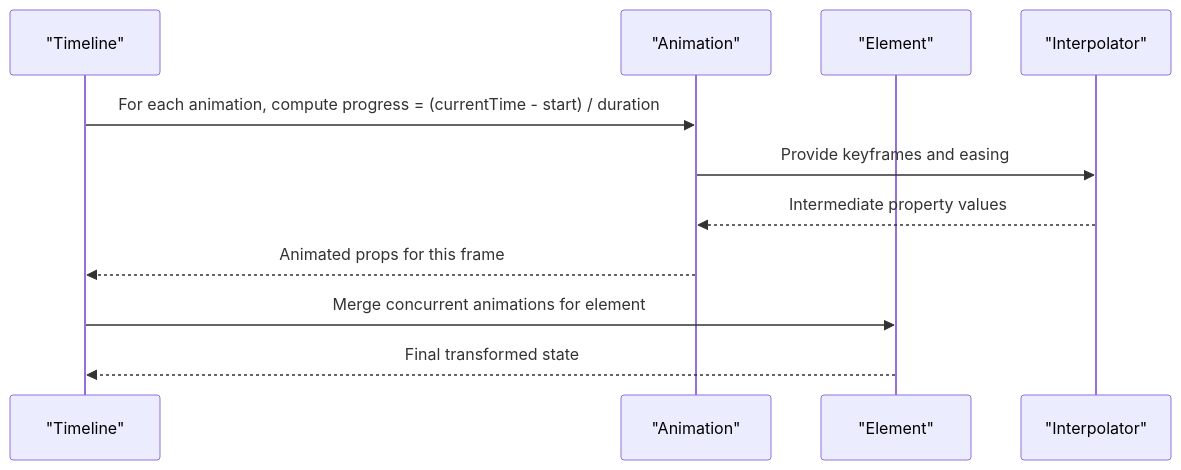
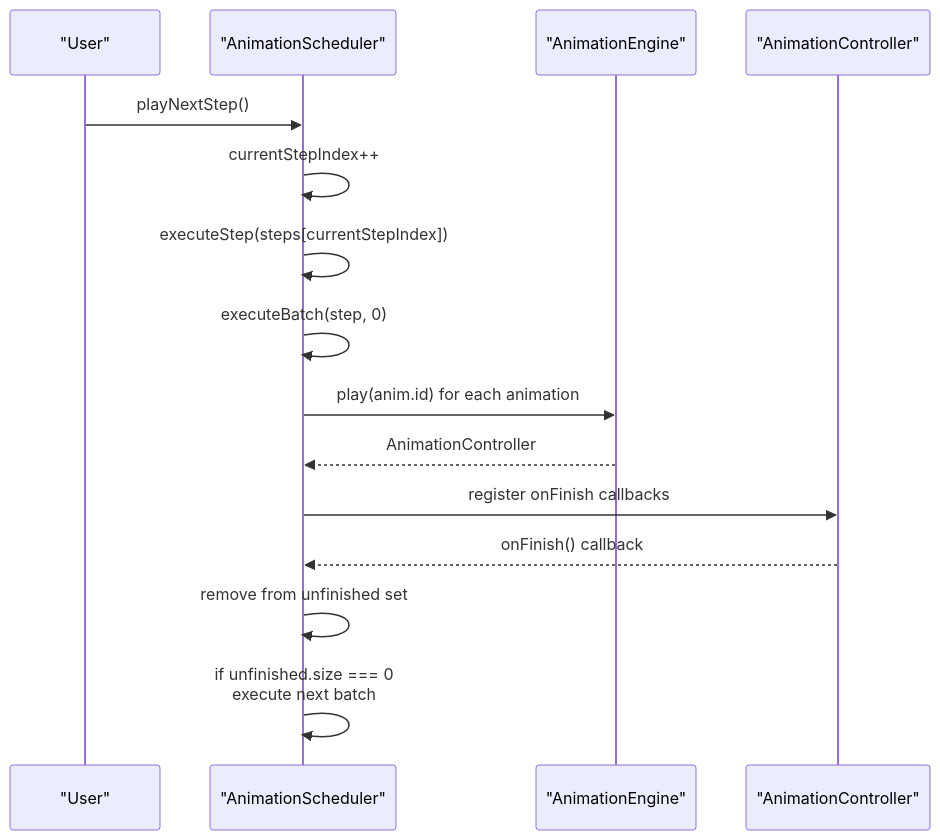
Before and after one commit to Anna0314zy/ai_editor_enginer: the tenth of 18 diagrams in .qoder/repowiki/en/content/Animation System/Timeline Engine.md, drawn with Mermaid. The commit also changed other lines of this file and 10 other files, not shown here.

````diff
--- a/.qoder/repowiki/en/content/Animation System/Timeline Engine.md
+++ b/.qoder/repowiki/en/content/Animation System/Timeline Engine.md
@@ -221,13 +468,17 @@
 ```mermaid
 sequenceDiagram
-participant TL as "Timeline"
-participant ANIM as "Animation"
-participant ELEM as "Element"
-participant INTERP as "Interpolator"
-TL->>ANIM : For each animation, compute progress = (currentTime - start) / duration
-ANIM->>INTERP : Provide keyframes and easing
-INTERP-->>ANIM : Intermediate property values
-ANIM-->>TL : Animated props for this frame
-TL->>ELEM : Merge concurrent animations for element
-ELEM-->>TL : Final transformed state
+participant User as "User"
+participant Scheduler as "AnimationScheduler"
+participant Engine as "AnimationEngine"
+participant Controller as "AnimationController"
+User->>Scheduler : playNextStep()
+Scheduler->>Scheduler : currentStepIndex++
+Scheduler->>Scheduler : executeStep(steps[currentStepIndex])
+Scheduler->>Scheduler : executeBatch(step, 0)
+Scheduler->>Engine : play(anim.id) for each animation
+Engine-->>Scheduler : AnimationController
+Scheduler->>Controller : register onFinish callbacks
+Controller-->>Scheduler : onFinish() callback
+Scheduler->>Scheduler : remove from unfinished set
+Scheduler->>Scheduler : if unfinished.size === 0<br/>execute next batch
 ```
````
